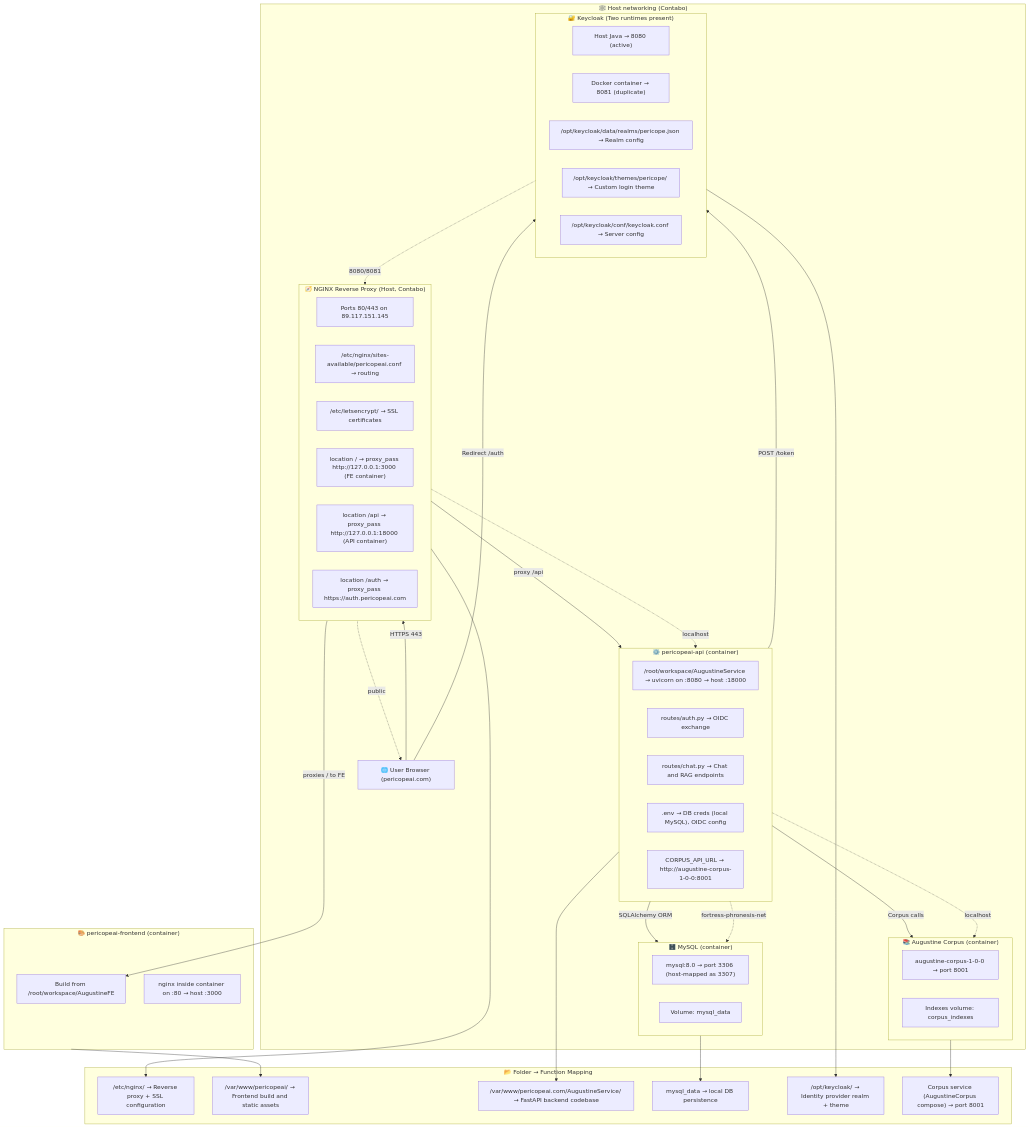
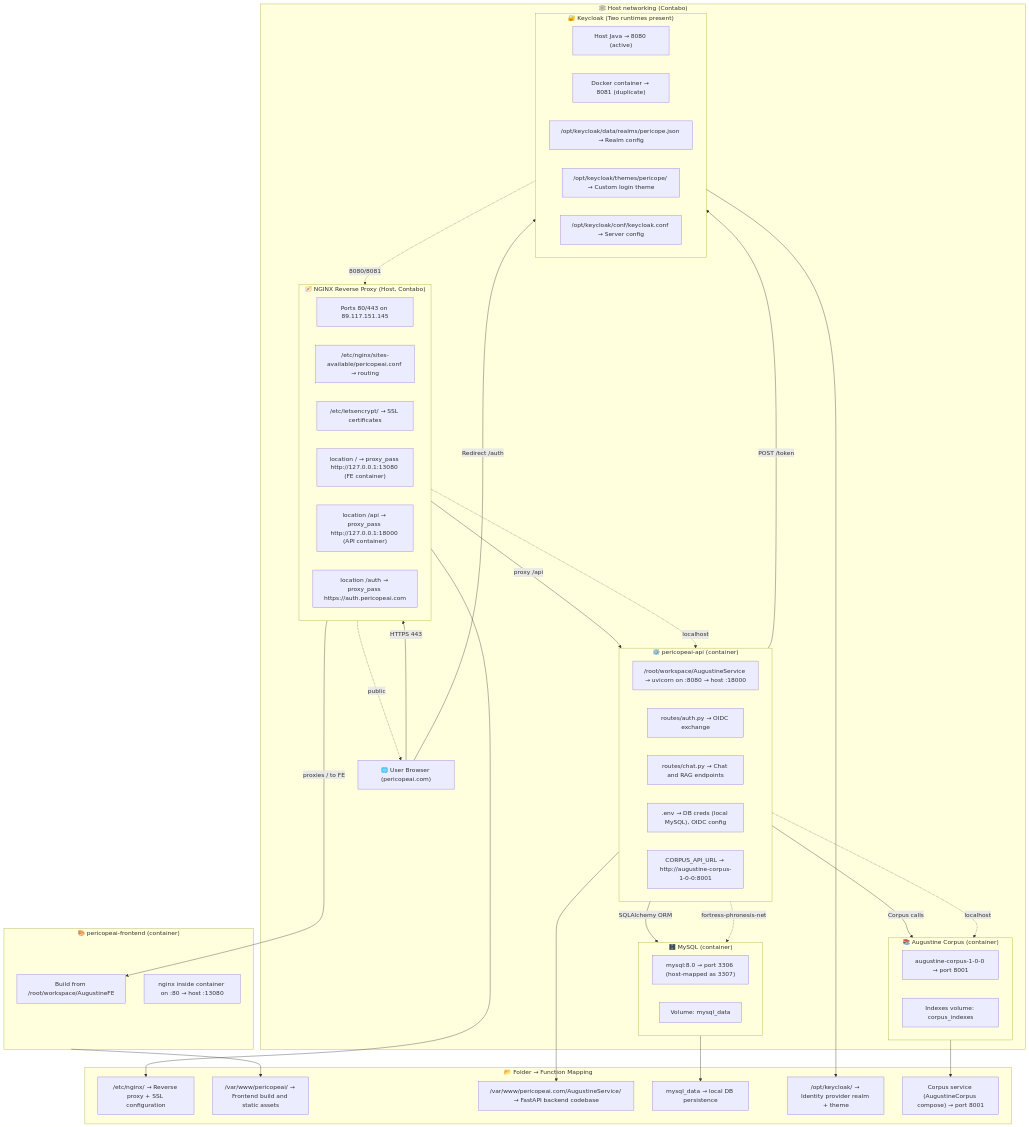
One commit to benlagrone/fortress-phronesis changed the diagram in docs/pericope-ai-deployment.mmd. Above: the diagram before and after it, drawn with Mermaid. The commit also changed 31 other files, not shown here.

```diff
--- a/docs/pericope-ai-deployment.mmd
+++ b/docs/pericope-ai-deployment.mmd
@@ -1,86 +1,86 @@
 graph TD
 
 %% ─── USER TRAFFIC ───────────────────────────────
 U["🌐 User Browser (pericopeai.com)"] -->|HTTPS 443| NGINX
 
 %% ─── NGINX REVERSE PROXY (HOST) ──────────────
 subgraph NGINX["🧭 NGINX Reverse Proxy (Host, Contabo)"]
     N1["Ports 80/443 on 89.117.151.145"]
     N2["/etc/nginx/sites-available/pericopeai.conf → routing"]
     N3["/etc/letsencrypt/ → SSL certificates"]
-    N4["location / → proxy_pass http://127.0.0.1:3000 (FE container)"]
+    N4["location / → proxy_pass http://127.0.0.1:13080 (FE container)"]
     N5["location /api → proxy_pass http://127.0.0.1:18000 (API container)"]
     N6["location /auth → proxy_pass https://auth.pericopeai.com"]
 end
 
 %% ─── FRONTEND (CONTAINER) ─────────────────────────
 subgraph FRONTEND["🎨 pericopeai-frontend (container)"]
     F1["Build from /root/workspace/AugustineFE"]
-    F2["nginx inside container on :80 → host :3000"]
+    F2["nginx inside container on :80 → host :13080"]
 end
 
 NGINX -->|proxies / to FE| F1
 
 %% ─── FASTAPI BACKEND (CONTAINER) ─────────────
 subgraph FASTAPI["⚙️ pericopeai-api (container)"]
     B1["/root/workspace/AugustineService → uvicorn on :8080 → host :18000"]
     B2["routes/auth.py → OIDC exchange"]
     B3["routes/chat.py → Chat and RAG endpoints"]
     B4[".env → DB creds (local MySQL), OIDC config"]
     B5["CORPUS_API_URL → http://augustine-corpus-1-0-0:8001"]
 end
 
 NGINX -->|proxy /api| FASTAPI
 
 %% ─── CORPUS SERVICE ──────────────────────────
 subgraph CORPUS["📚 Augustine Corpus (container)"]
     C1["augustine-corpus-1-0-0 → port 8001"]
     C2["Indexes volume: corpus_indexes"]
 end
 
 %% ─── DATABASE (CONTAINER) ─────────────────-----
 subgraph DB["🗄️ MySQL (container)"]
     D1["mysql:8.0 → port 3306 (host-mapped as 3307)"]
     D2["Volume: mysql_data"]
 end
 
 FASTAPI -->|SQLAlchemy ORM| DB
 FASTAPI -->|Corpus calls| CORPUS
 
 %% ─── KEYCLOAK INSTANCES ─────────────────────────
 subgraph KC["🔐 Keycloak (Two runtimes present)"]
     K1["Host Java → 8080 (active)"]
     K2["Docker container → 8081 (duplicate)"]
     K3["/opt/keycloak/data/realms/pericope.json → Realm config"]
     K4["/opt/keycloak/themes/pericope/ → Custom login theme"]
     K5["/opt/keycloak/conf/keycloak.conf → Server config"]
 end
 
 FASTAPI -->|POST /token| KC
 U -->|Redirect /auth| KC
 
 %% ─── NETWORKING ─────────────────────────────────
 subgraph NET["🕸️ Host networking (Contabo)"]
     NGINX -.->|localhost| FASTAPI
     FASTAPI -.->|localhost| CORPUS
     FASTAPI -.->|fortress-phronesis-net| DB
     KC -.->|8080/8081| NGINX
     NGINX -.->|public| U
 end
 
 %% ─── FOLDER SUMMARY NODES ───────────────────────
 subgraph SUMMARY["📂 Folder → Function Mapping"]
     S1["/etc/nginx/ → Reverse proxy + SSL configuration"]
     S2["/var/www/pericopeai/ → Frontend build and static assets"]
     S3["/var/www/pericopeai.com/AugustineService/ → FastAPI backend codebase"]
     S4["mysql_data → local DB persistence"]
     S5["/opt/keycloak/ → Identity provider realm + theme"]
     S6["Corpus service (AugustineCorpus compose) → port 8001"]
 end
 
 NGINX --> S1
 FRONTEND --> S2
 FASTAPI --> S3
 DB --> S4
 KC --> S5
 CORPUS --> S6
```
